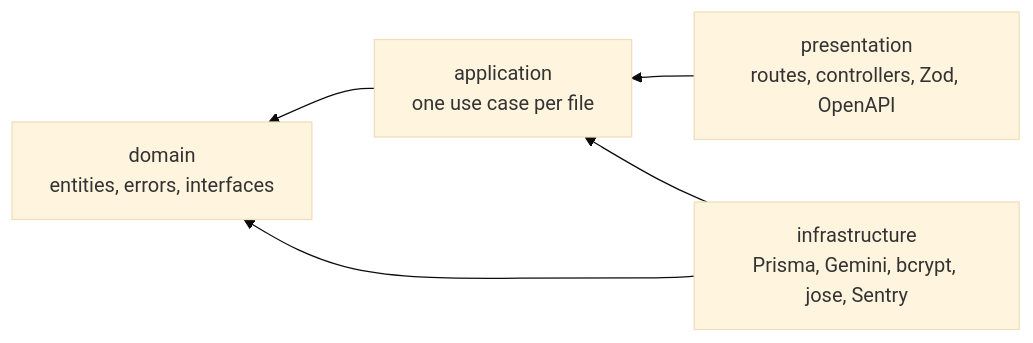
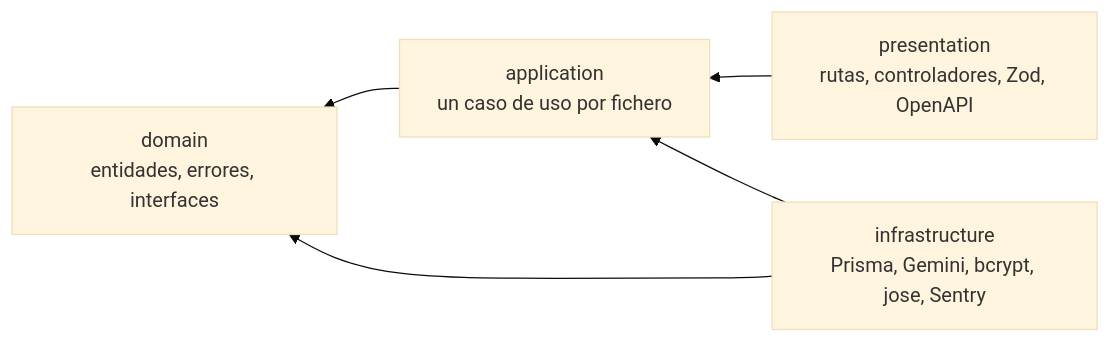
The second of 2 diagrams in README.md (JuanjoOrtiz/DevPilotIA), drawn with Mermaid (base theme) before and after one commit. The commit also changed other lines of this file and 40 other files, not shown here.

````diff
--- a/README.md
+++ b/README.md
@@ -65,7 +61,7 @@
 ```mermaid
 flowchart RL
-  P[presentation<br/>routes, controllers, Zod, OpenAPI] --> AP[application<br/>one use case per file]
+  P[presentation<br/>rutas, controladores, Zod, OpenAPI] --> AP[application<br/>un caso de uso por fichero]
   I[infrastructure<br/>Prisma, Gemini, bcrypt, jose, Sentry] --> AP
-  AP --> D[domain<br/>entities, errors, interfaces]
+  AP --> D[domain<br/>entidades, errores, interfaces]
   I --> D
 ```
````
